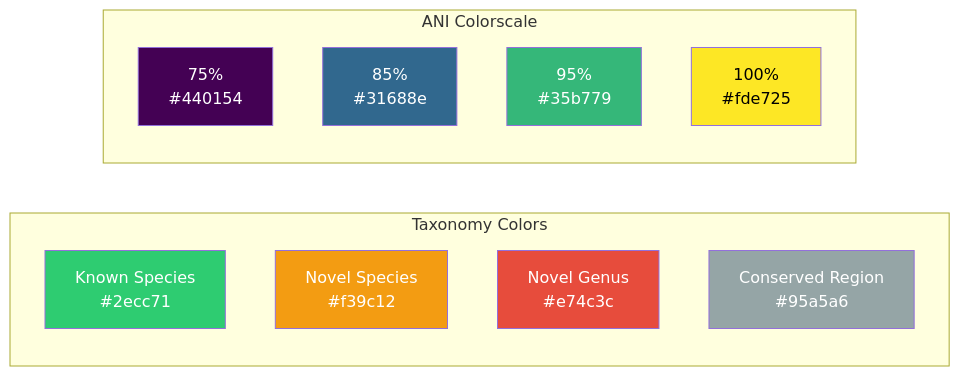
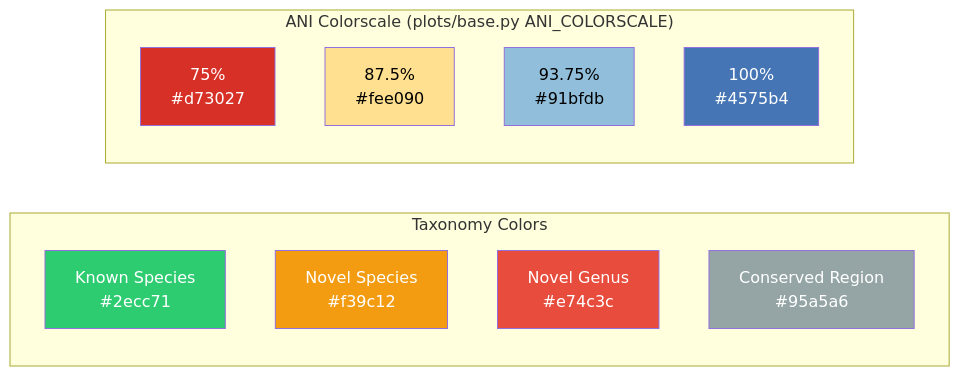
Diagram 20 of 20 in docs/ARCHITECTURE.md (FOI-Bioinformatics/metadarkmatter), drawn with Mermaid before and after one commit. The commit also changed other lines of this file and 3 other files, not shown here.

````diff
--- a/docs/ARCHITECTURE.md
+++ b/docs/ARCHITECTURE.md
@@ -762,25 +802,25 @@
 ```mermaid
 flowchart LR
     subgraph taxonomy["Taxonomy Colors"]
         KNOWN["Known Species<br/>#2ecc71"]
         NOVEL_SP["Novel Species<br/>#f39c12"]
         NOVEL_GEN["Novel Genus<br/>#e74c3c"]
         CONSERVED["Conserved Region<br/>#95a5a6"]
     end
 
-    subgraph ani["ANI Colorscale"]
-        ANI75["75%<br/>#440154"]
-        ANI85["85%<br/>#31688e"]
-        ANI95["95%<br/>#35b779"]
-        ANI100["100%<br/>#fde725"]
+    subgraph ani["ANI Colorscale (plots/base.py ANI_COLORSCALE)"]
+        ANI75["75%<br/>#d73027"]
+        ANI85["87.5%<br/>#fee090"]
+        ANI95["93.75%<br/>#91bfdb"]
+        ANI100["100%<br/>#4575b4"]
     end
 
     style KNOWN fill:#2ecc71,color:#fff
     style NOVEL_SP fill:#f39c12,color:#fff
     style NOVEL_GEN fill:#e74c3c,color:#fff
     style CONSERVED fill:#95a5a6,color:#fff
-    style ANI75 fill:#440154,color:#fff
-    style ANI85 fill:#31688e,color:#fff
-    style ANI95 fill:#35b779,color:#fff
-    style ANI100 fill:#fde725,color:#000
+    style ANI75 fill:#d73027,color:#fff
+    style ANI85 fill:#fee090,color:#000
+    style ANI95 fill:#91bfdb,color:#000
+    style ANI100 fill:#4575b4,color:#fff
 ```
````
